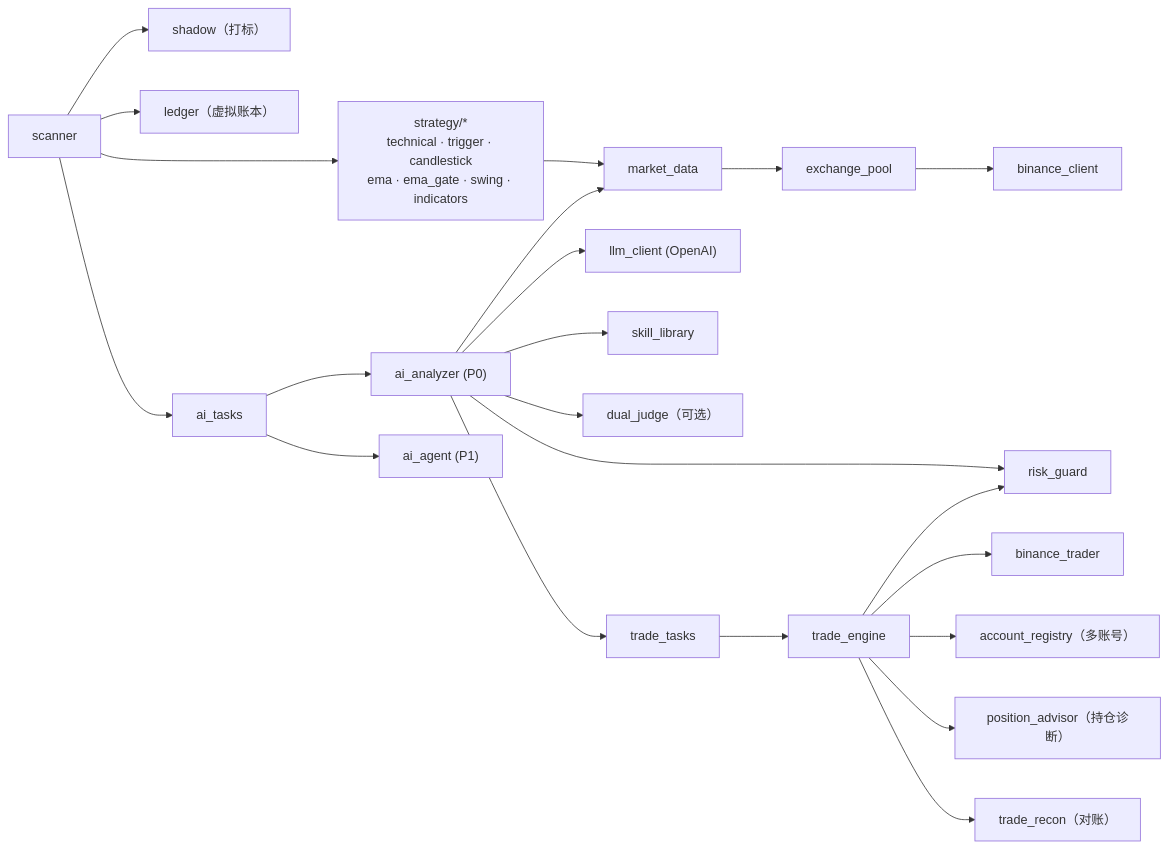
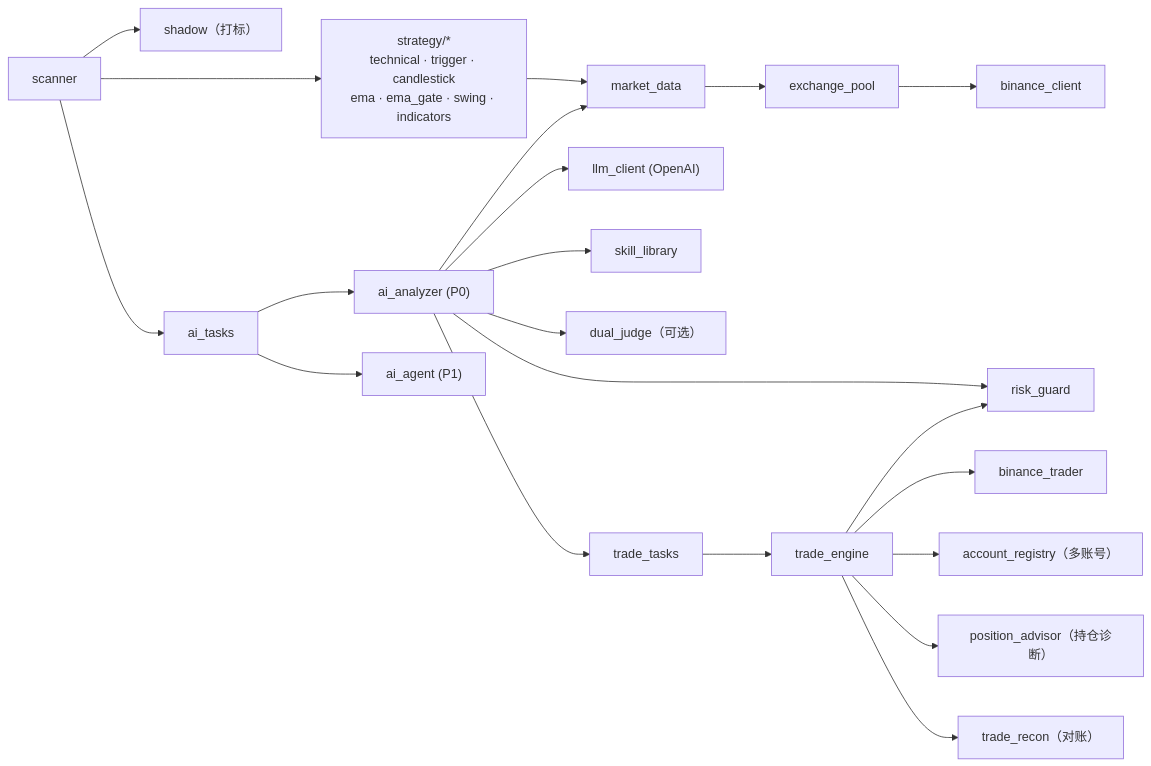
Before and after one commit to wwei-github/trading-workbench: diagram 13 of 13 in frontend/src/assets/CODE_WIKI.md, drawn with Mermaid. The commit also changed other lines of this file and 47 other files, not shown here.

````diff
--- a/frontend/src/assets/CODE_WIKI.md
+++ b/frontend/src/assets/CODE_WIKI.md
@@ -965,45 +935,43 @@
 ```mermaid
 flowchart LR
     SC["scanner"]
     ST["strategy/*<br/>technical · trigger · candlestick<br/>ema · ema_gate · swing · indicators"]
     MD["market_data"]
     EP["exchange_pool"]
     BC["binance_client"]
     SH["shadow（打标）"]
-    LG["ledger（虚拟账本）"]
     AIT["ai_tasks"]
     AA["ai_analyzer (P0)"]
     AG["ai_agent (P1)"]
     LLM["llm_client (OpenAI)"]
     SK["skill_library"]
     RG["risk_guard"]
     DJ["dual_judge（可选）"]
     TRT["trade_tasks"]
     TE["trade_engine"]
     BT["binance_trader"]
     AR["account_registry（多账号）"]
     PA["position_advisor（持仓诊断）"]
     TR["trade_recon（对账）"]
 
     SC --> ST
     ST --> MD
     MD --> EP
     EP --> BC
     SC --> SH
-    SC --> LG
     SC --> AIT
     AIT --> AA
     AIT --> AG
     AA --> LLM
     AA --> SK
     AA --> MD
     AA --> RG
     AA --> DJ
     AA --> TRT
     TRT --> TE
     TE --> BT
     TE --> RG
     TE --> AR
     TE --> PA
     TE --> TR
 ```
````
